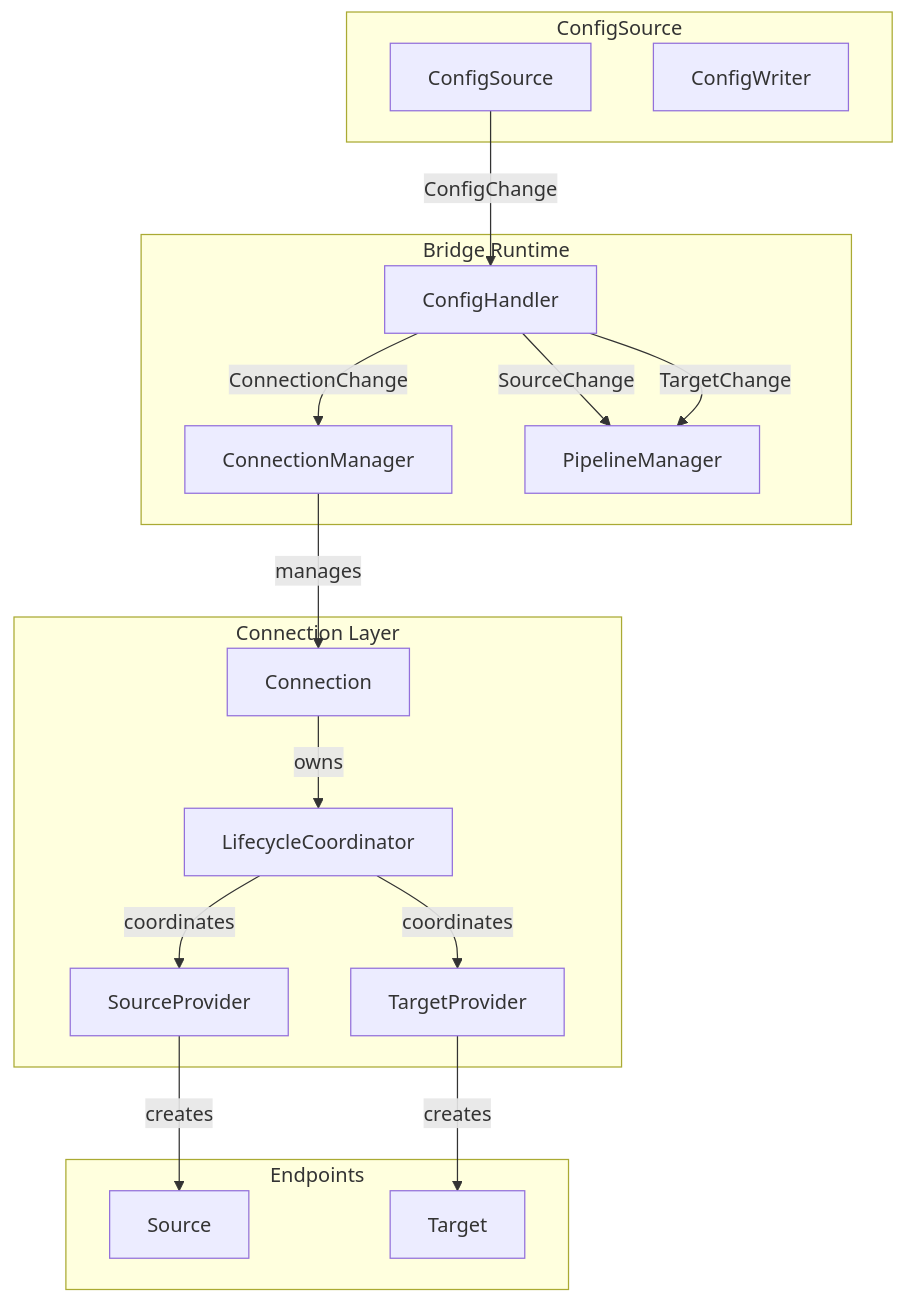
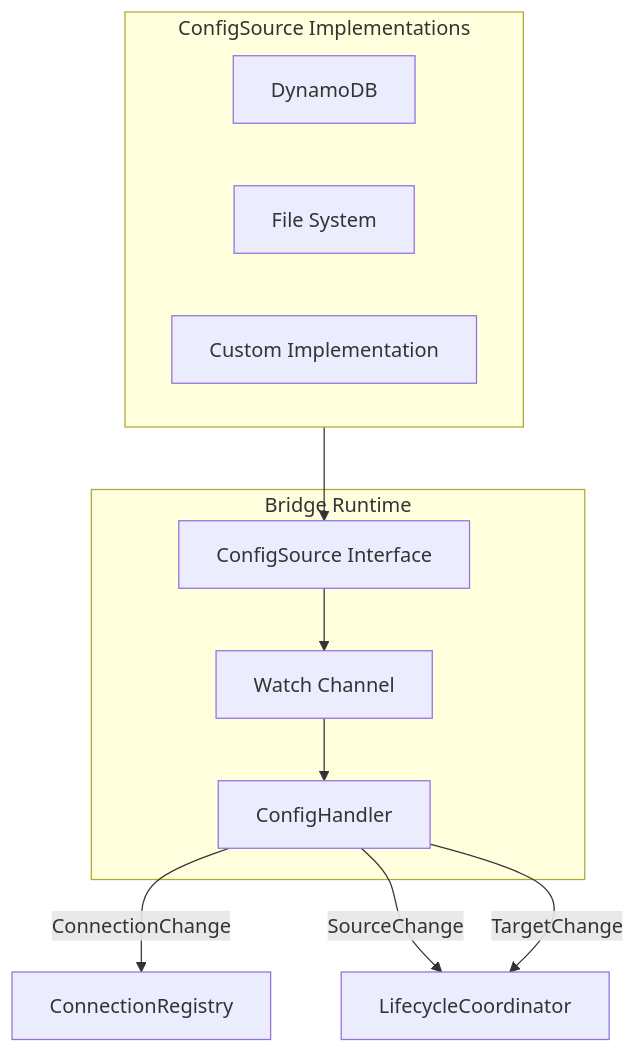
The sixth of 9 diagrams in bridge/types/ARCHITECTURE.md (mariotoffia/gobridge), drawn with Mermaid before and after one commit. The commit also changed other lines of this file and 4 other files, not shown here.

````diff
--- a/bridge/types/ARCHITECTURE.md
+++ b/bridge/types/ARCHITECTURE.md
@@ -160,37 +282,21 @@
 ```mermaid
 flowchart TB
-    subgraph config [ConfigSource]
-        CS[ConfigSource]
-        CW[ConfigWriter]
+    subgraph Sources [ConfigSource Implementations]
+        DDB[DynamoDB]
+        File[File System]
+        Custom[Custom Implementation]
     end
     
-    subgraph bridge [Bridge Runtime]
-        CH[ConfigHandler]
-        CM[ConnectionManager]
-        PM[PipelineManager]
+    subgraph Bridge [Bridge Runtime]
+        CS[ConfigSource Interface]
+        Watch[Watch Channel]
+        Handler[ConfigHandler]
     end
     
-    subgraph connection [Connection Layer]
-        CONN[Connection]
-        LC[LifecycleCoordinator]
-        SP[SourceProvider]
-        TP[TargetProvider]
-    end
-    
-    subgraph endpoints [Endpoints]
-        SRC[Source]
-        TGT[Target]
-    end
-    
-    CS -->|ConfigChange| CH
-    CH -->|ConnectionChange| CM
-    CH -->|SourceChange| PM
-    CH -->|TargetChange| PM
-    
-    CM -->|manages| CONN
-    CONN -->|owns| LC
-    LC -->|coordinates| SP
-    LC -->|coordinates| TP
-    SP -->|creates| SRC
-    TP -->|creates| TGT
+    Sources --> CS
+    CS --> Watch
+    Watch --> Handler
+    Handler --> |ConnectionChange| ConnectionRegistry
+    Handler --> |SourceChange| LifecycleCoordinator
+    Handler --> |TargetChange| LifecycleCoordinator
 ```
````
